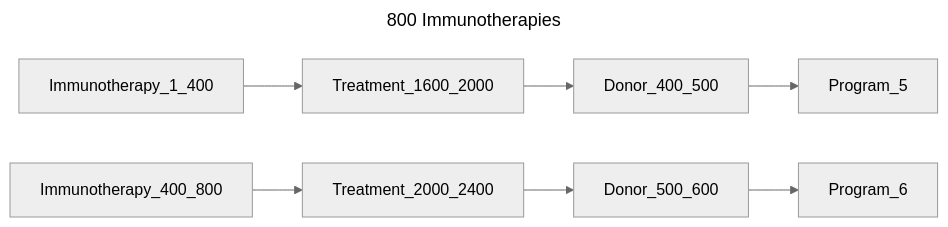
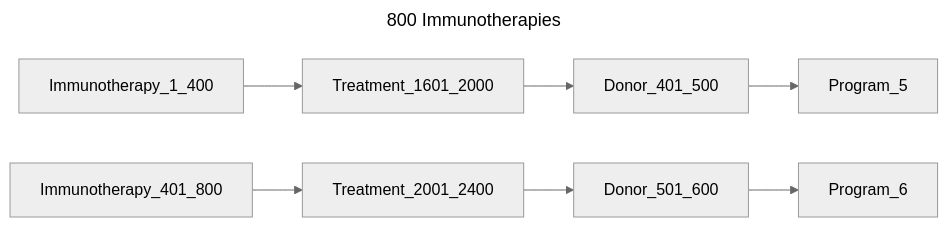
Before and after one commit to bento-platform/katsu: the eighth of 13 diagrams in chord_metadata_service/mohpackets/data/large_dataset/README.md, drawn with Mermaid (neutral theme). The commit also changed other lines of this file, not shown here.

````diff
--- a/chord_metadata_service/mohpackets/data/large_dataset/README.md
+++ b/chord_metadata_service/mohpackets/data/large_dataset/README.md
@@ -125,8 +125,8 @@
 ```mermaid
 ---
 title: 800 Immunotherapies
 ---
 graph LR;  
-  Immunotherapy_1_400 --> Treatment_1600_2000 -->  Donor_400_500 --> Program_5;  
-  Immunotherapy_400_800 -->  Treatment_2000_2400 --> Donor_500_600 --> Program_6;  
+  Immunotherapy_1_400 --> Treatment_1601_2000 -->  Donor_401_500 --> Program_5;  
+  Immunotherapy_401_800 -->  Treatment_2001_2400 --> Donor_501_600 --> Program_6;  
 ```
````
